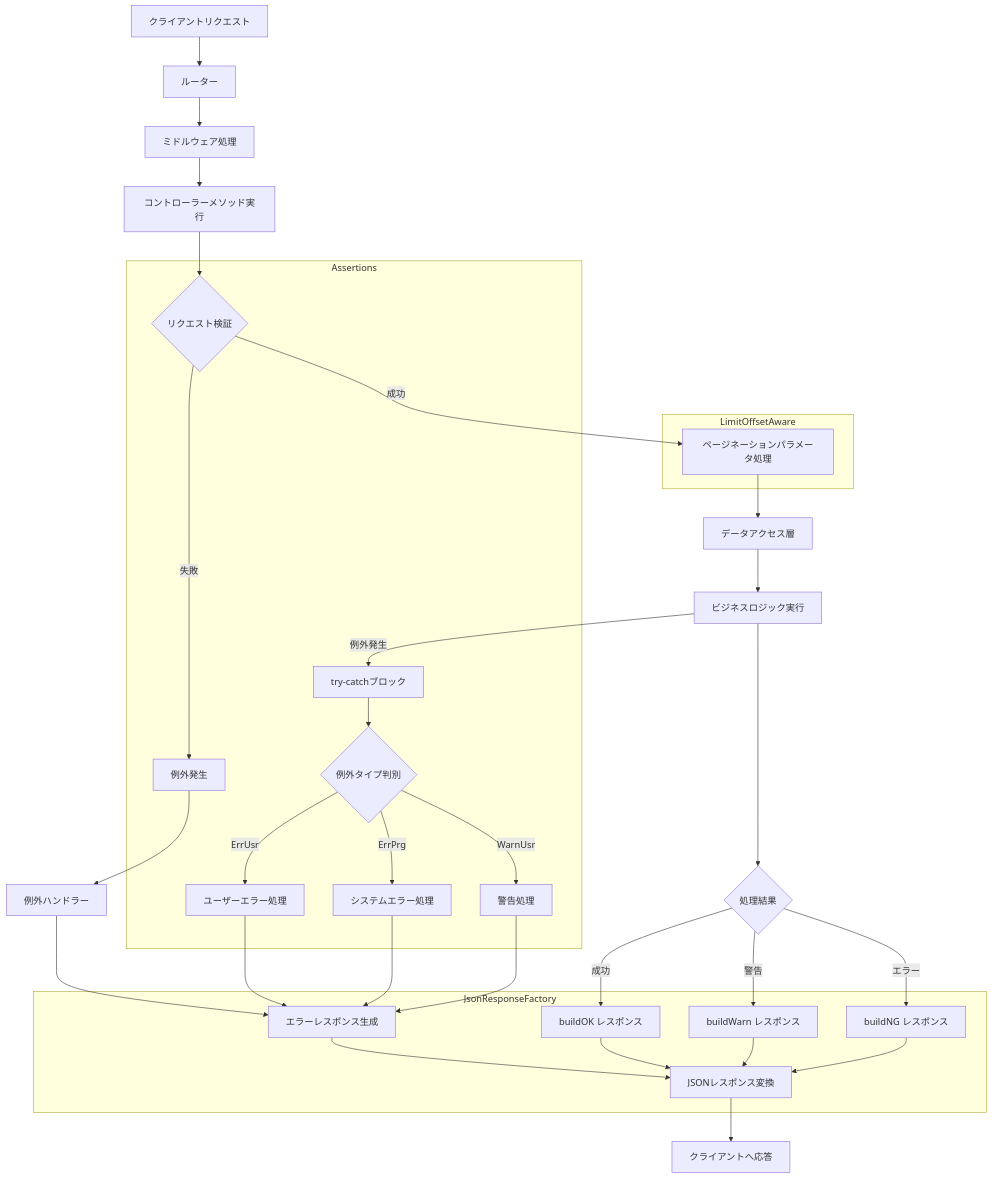
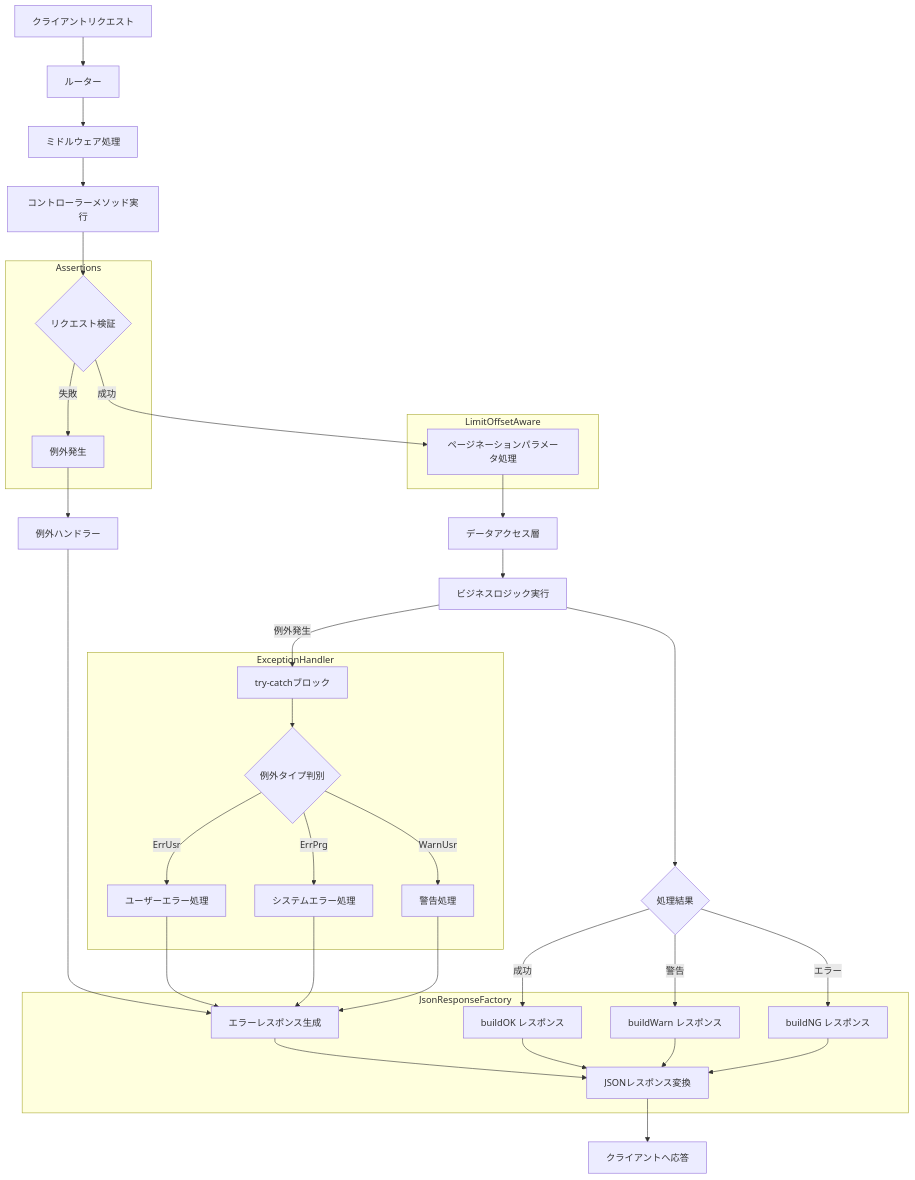
The diagram in README.md (tqcuong-it/docs), drawn with Mermaid before and after one commit. The commit also changed other lines of this file, not shown here.

````diff
--- a/README.md
+++ b/README.md
@@ -23,59 +23,62 @@
 ```mermaid
 flowchart TD
     A[クライアントリクエスト] --> B[ルーター]
     B --> C[ミドルウェア処理]
     C --> D[コントローラーメソッド実行]
     
     D --> E{リクエスト検証}
     E -->|失敗| F[例外発生]
     F --> G[例外ハンドラー]
     G --> H[エラーレスポンス生成]
     
     E -->|成功| I[ページネーションパラメータ処理]
     I --> J[データアクセス層]
     J --> K[ビジネスロジック実行]
     
     K -->|例外発生| R[try-catchブロック]
     R --> S{例外タイプ判別}
     S -->|ErrUsr| T[ユーザーエラー処理]
     S -->|ErrPrg| U[システムエラー処理]
     S -->|WarnUsr| V[警告処理]
     
     T --> H
     U --> H
     V --> H
     
     K --> L{処理結果}
     L -->|成功| M[buildOK レスポンス]
     L -->|警告| N[buildWarn レスポンス]
     L -->|エラー| O[buildNG レスポンス]
     
     M --> P[JSONレスポンス変換]
     N --> P
     O --> P
     H --> P
     
     P --> Q[クライアントへ応答]
     
     subgraph "LimitOffsetAware"
     I
     end
     
     subgraph "Assertions"
     E
     F
+    end
+    
+    subgraph "ExceptionHandler"
     R
     S
     T
     U
     V
     end
     
     subgraph "JsonResponseFactory"
     M
     N
     O
     H
     P
     end
 ```
````
